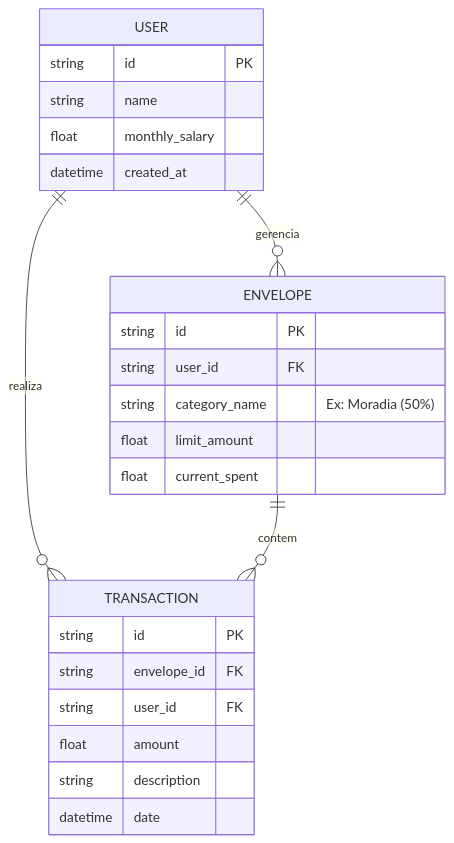
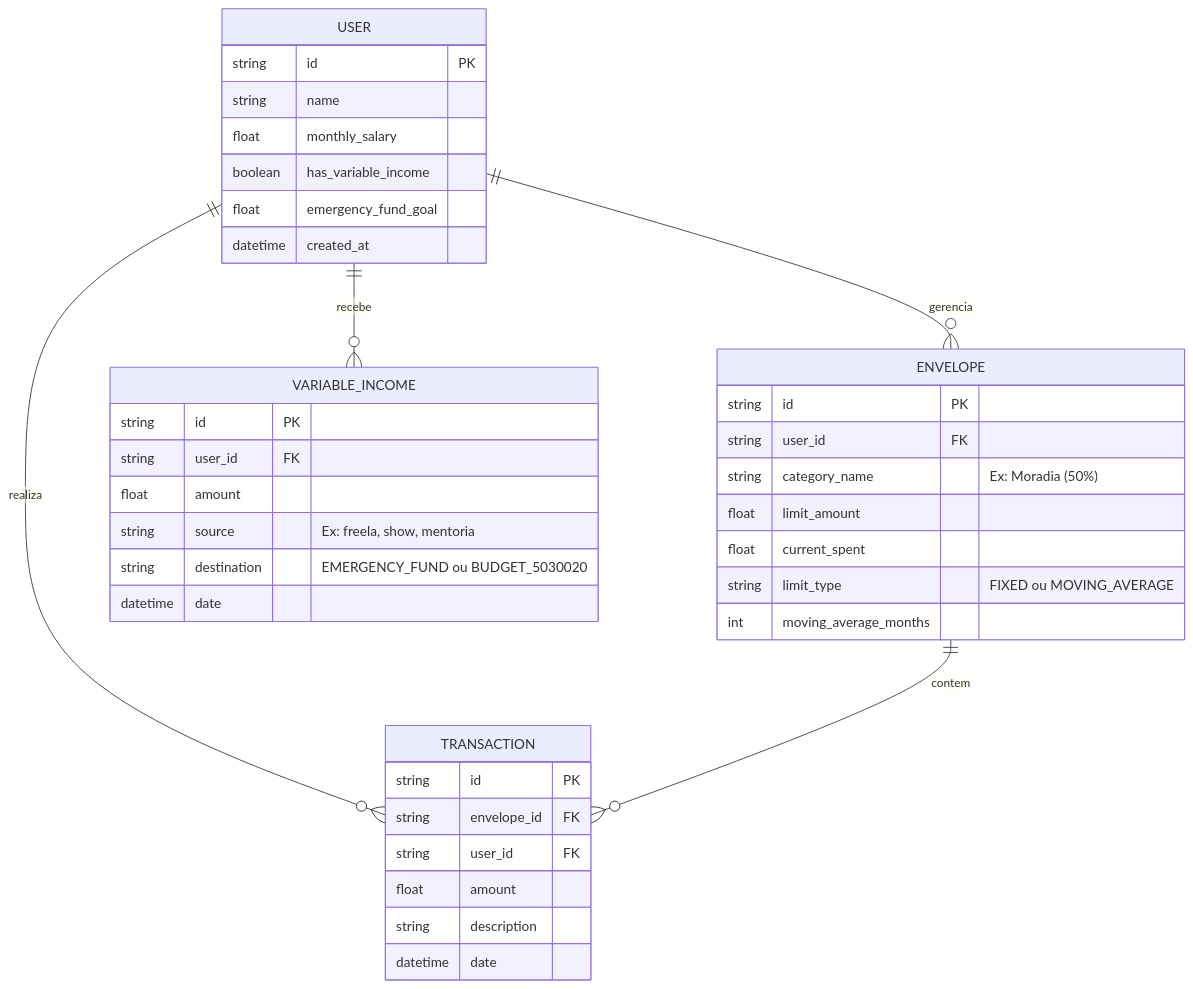
One commit to luizaleblanc/organiza-ai changed the first of 5 diagrams in docs/DATA_MODEL.md. Above: the diagram before and after it, drawn with Mermaid. The commit also changed other lines of this file, not shown here.

Commit message:
docs: atualizar modelagem de dados com renda variável

````diff
--- a/docs/DATA_MODEL.md
+++ b/docs/DATA_MODEL.md
@@ -19,30 +19,44 @@
 ```mermaid
 erDiagram
     USER ||--o{ ENVELOPE : gerencia
     USER ||--o{ TRANSACTION : realiza
+    USER ||--o{ VARIABLE_INCOME : recebe
     ENVELOPE ||--o{ TRANSACTION : contem
 
     USER {
         string id PK
         string name
         float monthly_salary
+        boolean has_variable_income
+        float emergency_fund_goal
         datetime created_at
     }
 
     ENVELOPE {
         string id PK
         string user_id FK
         string category_name "Ex: Moradia (50%)"
         float limit_amount
         float current_spent
+        string limit_type "FIXED ou MOVING_AVERAGE"
+        int moving_average_months
     }
 
     TRANSACTION {
         string id PK
         string envelope_id FK
         string user_id FK
         float amount
         string description
         datetime date
     }
+
+    VARIABLE_INCOME {
+        string id PK
+        string user_id FK
+        float amount
+        string source "Ex: freela, show, mentoria"
+        string destination "EMERGENCY_FUND ou BUDGET_5030020"
+        datetime date
+    }
 ```
````
